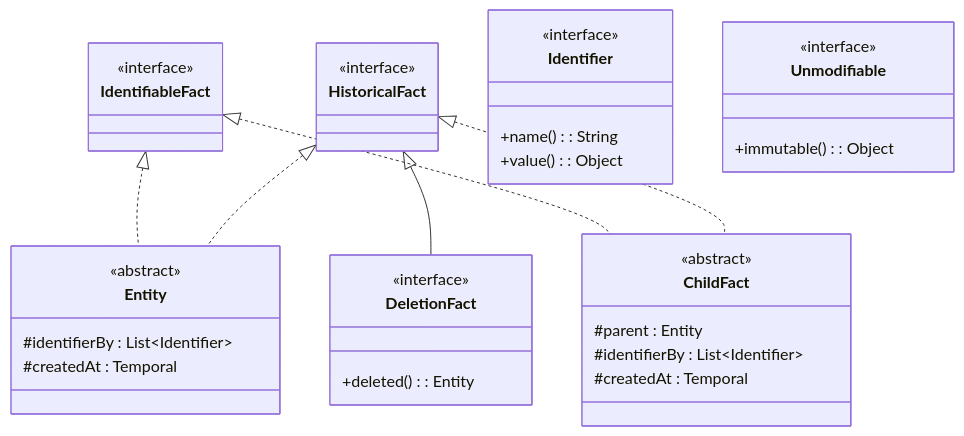
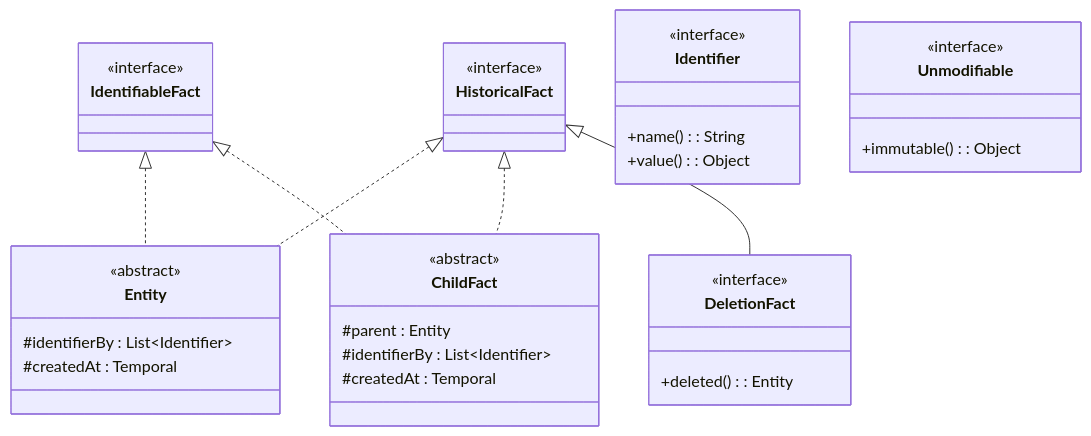
Before and after one commit to cybnity/foundation: the diagram in implementations-line/framework/immutable/README.md, drawn with Mermaid. The commit also changed other lines of this file, not shown here.

````diff
--- a/implementations-line/framework/immutable/README.md
+++ b/implementations-line/framework/immutable/README.md
@@ -27,38 +27,38 @@
 ```mermaid
 classDiagram
     HistoricalFact <|.. Entity
     IdentifiableFact <|.. Entity
+    IdentifiableFact <|.. ChildFact
     HistoricalFact <|.. ChildFact
-    IdentifiableFact <|.. ChildFact
     HistoricalFact <|-- DeletionFact
-    class Identifier {
-        <<interface>>
-        +name() : String
-        +value() : Object
-    }
-    class Unmodifiable {
-        <<interface>>
-        +immutable() : Object
-    }
     class HistoricalFact {
         <<interface>>
     }
     class IdentifiableFact {
         <<interface>>
     }
     class Entity {
         <<abstract>>
         #identifierBy : List~Identifier~
         #createdAt : Temporal
     }
     class ChildFact {
         <<abstract>>
         #parent : Entity
         #identifierBy : List~Identifier~
         #createdAt : Temporal
     }
     class DeletionFact {
         <<interface>>
         +deleted() : Entity
     }
+    class Identifier {
+        <<interface>>
+        +name() : String
+        +value() : Object
+    }
+    class Unmodifiable {
+        <<interface>>
+        +immutable() : Object
+    }
 ```
````
